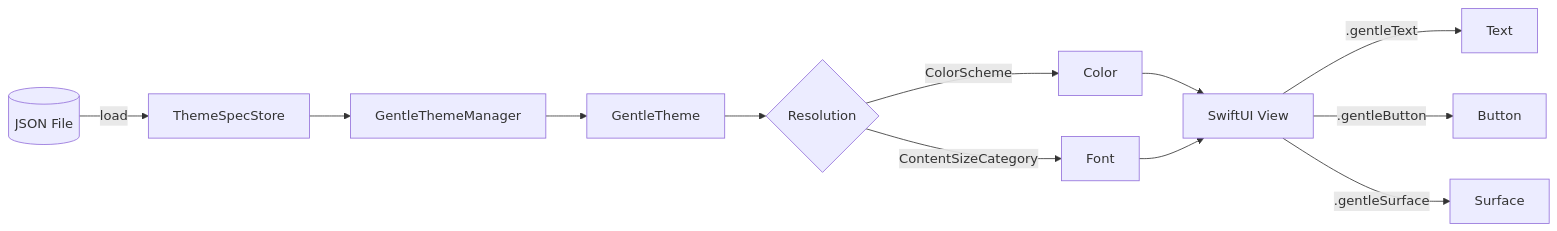
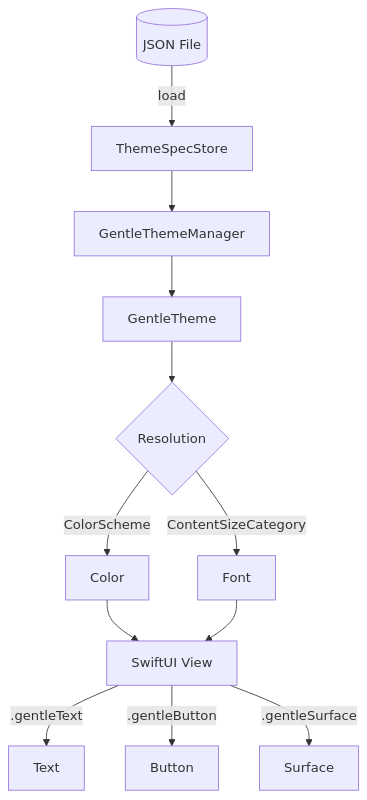
The third of 3 diagrams in README.md (gentle-giraffe-apps/GentleDesignSystem), drawn with Mermaid before and after one commit. The commit also changed other lines of this file, not shown here.

Commit message:
doc: readme.md: fix mermaid diagrams

````diff
--- a/README.md
+++ b/README.md
@@ -154,17 +167,17 @@
 ```mermaid
-flowchart LR
+flowchart TB
     JSON[(JSON File)] -->|load| Store[ThemeSpecStore]
     Store --> Manager[GentleThemeManager]
     Manager --> Theme[GentleTheme]
+    Theme --> Resolve{Resolution}
 
-    Theme --> Resolve{Resolution}
     Resolve -->|ColorScheme| ResolvedColor[Color]
     Resolve -->|ContentSizeCategory| ResolvedFont[Font]
 
     ResolvedColor --> View[SwiftUI View]
     ResolvedFont --> View
 
     View -->|.gentleText| Text
     View -->|.gentleButton| Button
     View -->|.gentleSurface| Surface
 ```
````
